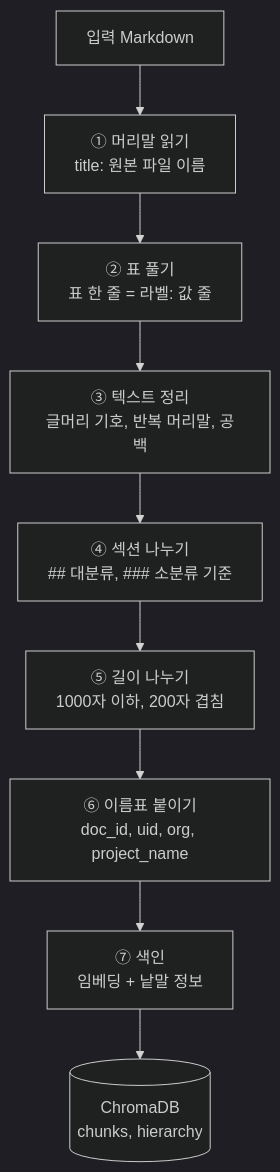
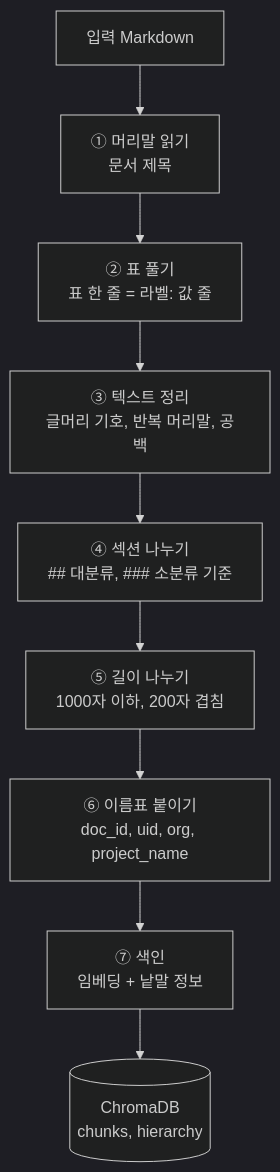
The first of 3 diagrams in docs/04_DB구축.md (adover134/hierarchical-md-rag), drawn with Mermaid (dark theme) before and after one commit. The commit also changed other lines of this file and 5 other files, not shown here.

````diff
--- a/docs/04_DB구축.md
+++ b/docs/04_DB구축.md
@@ -13,11 +13,11 @@
 ```mermaid
 flowchart TD
-    M["입력 Markdown"] --> S1["① 머리말 읽기<br/>title: 원본 파일 이름"]
+    M["입력 Markdown"] --> S1["① 머리말 읽기<br/>문서 제목"]
     S1 --> S2["② 표 풀기<br/>표 한 줄 = 라벨: 값 줄"]
     S2 --> S3["③ 텍스트 정리<br/>글머리 기호, 반복 머리말, 공백"]
     S3 --> S4["④ 섹션 나누기<br/>## 대분류, ### 소분류 기준"]
     S4 --> S5["⑤ 길이 나누기<br/>1000자 이하, 200자 겹침"]
     S5 --> S6["⑥ 이름표 붙이기<br/>doc_id, uid, org, project_name"]
     S6 --> S7["⑦ 색인<br/>임베딩 + 낱말 정보"]
     S7 --> DB[("ChromaDB<br/>chunks, hierarchy")]
 ```
````
